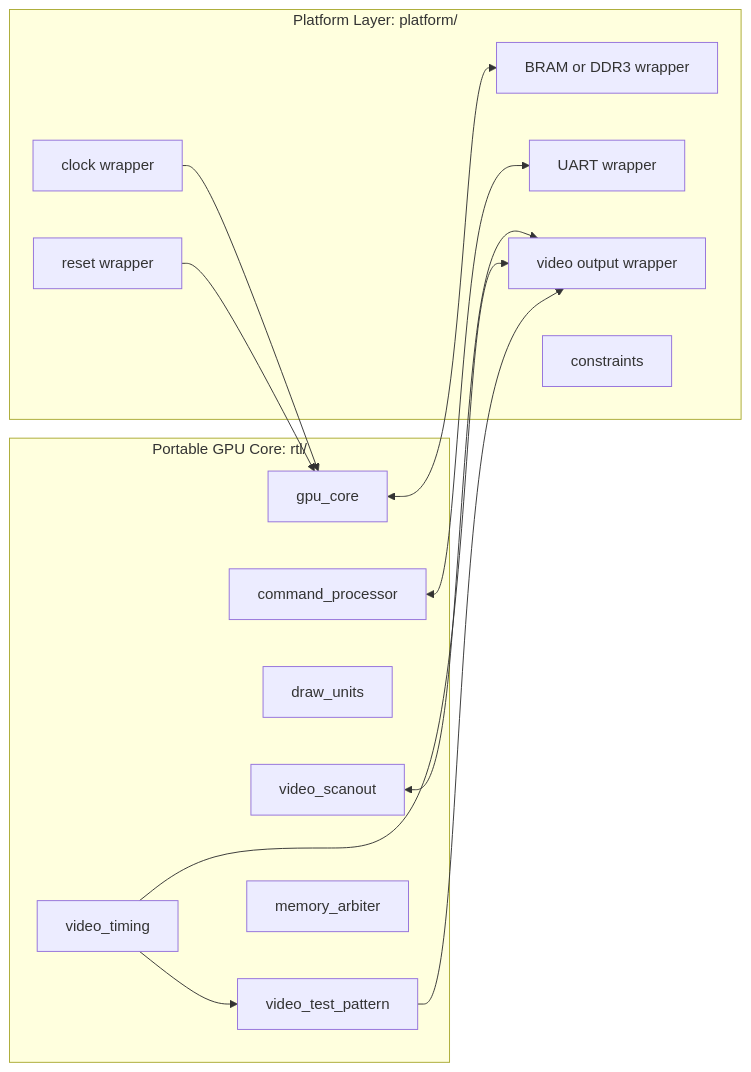
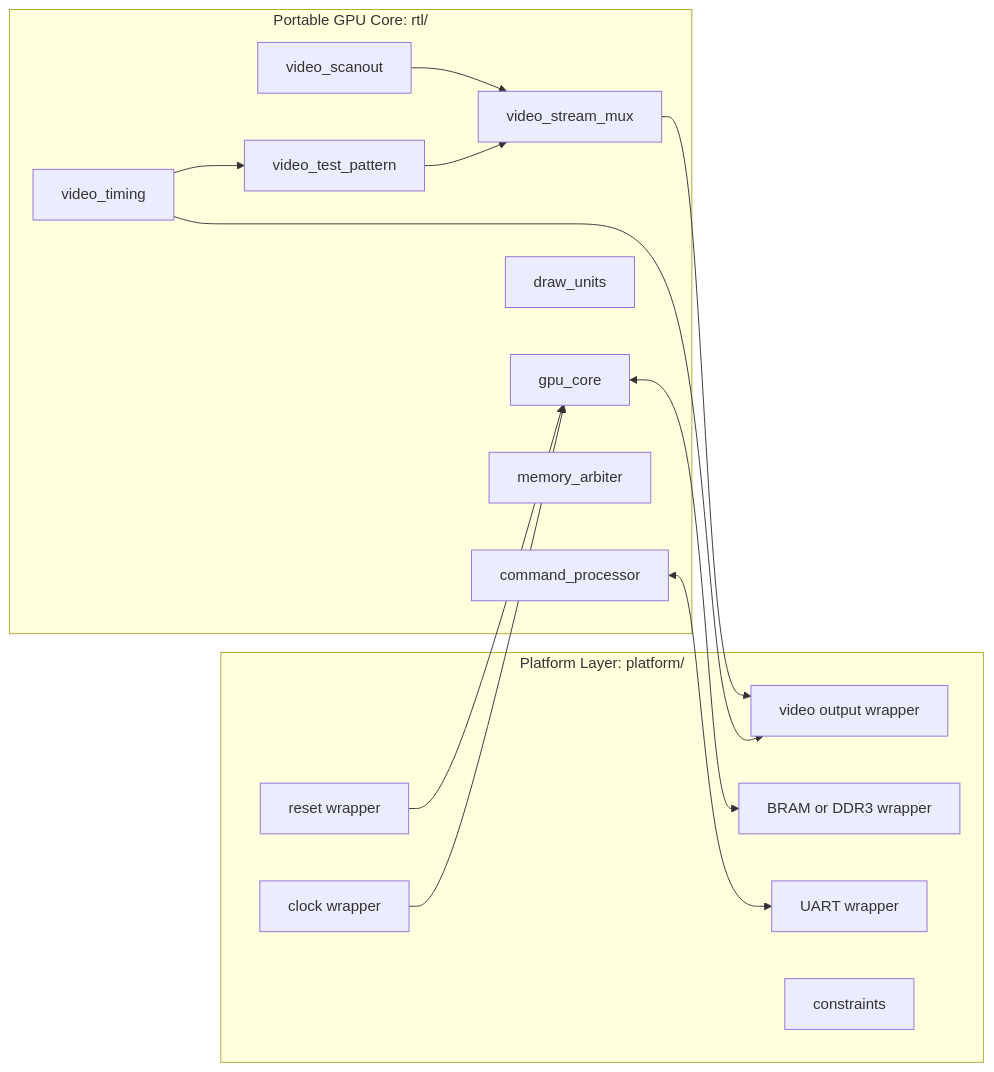
The diagram in docs/architecture/design_boundaries.md (amanpdesai/baby-gpu), drawn with Mermaid before and after one commit. The commit also changed 10 other files, not shown here.

Commit message:
rtl: add video stream mux

````diff
--- a/docs/architecture/design_boundaries.md
+++ b/docs/architecture/design_boundaries.md
@@ -8,30 +8,32 @@
 ```mermaid
 flowchart LR
   subgraph Portable["Portable GPU Core: rtl/"]
     Core[gpu_core]
     Cmd[command_processor]
     Draw[draw_units]
     Scan[video_scanout]
     Timing[video_timing]
     Pattern[video_test_pattern]
+    Mux[video_stream_mux]
     Arb[memory_arbiter]
   end
 
   subgraph Platform["Platform Layer: platform/"]
     Clk[clock wrapper]
     Rst[reset wrapper]
     Vid[video output wrapper]
     Mem[BRAM or DDR3 wrapper]
     Uart[UART wrapper]
     Pins[constraints]
   end
 
   Core <--> Mem
-  Scan <--> Vid
   Timing --> Vid
   Timing --> Pattern
-  Pattern --> Vid
+  Pattern --> Mux
+  Scan --> Mux
+  Mux --> Vid
   Cmd <--> Uart
   Clk --> Core
   Rst --> Core
 ```
````
